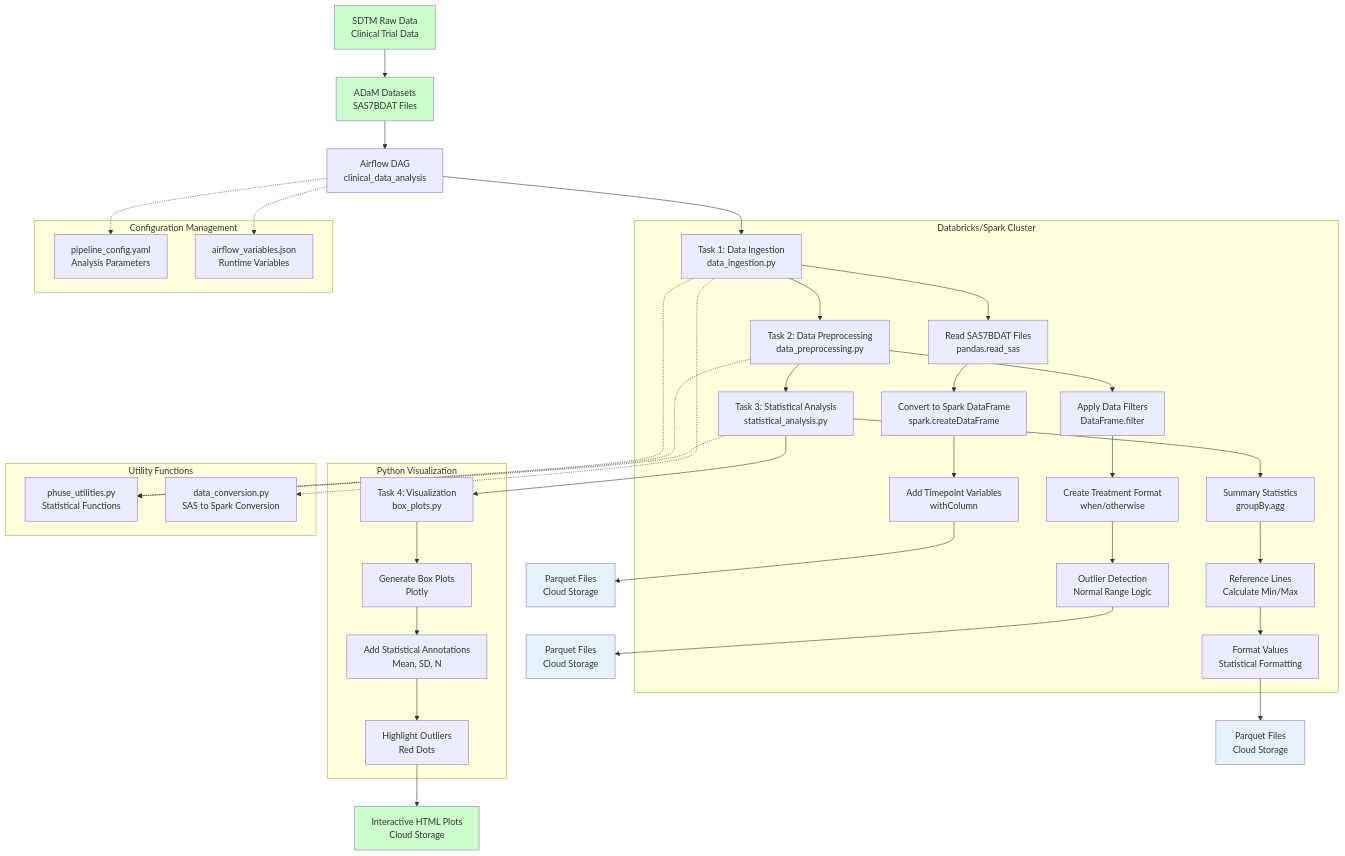
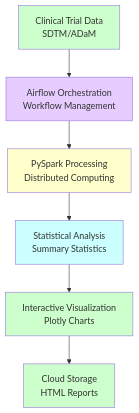
One commit to taylor-curran/SAS changed the second of 2 diagrams in README.md. Above: the diagram before and after it, drawn with Mermaid. The commit also changed other lines of this file, not shown here.

Commit message:
Simplify mermaid diagrams to be more high-level and conceptual
- Removed technical implementation details (function names, file paths, sub-steps)
- Focused on major data flow stages: Data → Processing → Analysis → Visualization → Output
- Maintained clear comparison between SAS and Airflow/PySpark workflows
- Made diagrams more accessible and easier to understand at a glance

````diff
--- a/README.md
+++ b/README.md
@@ -57,77 +31,15 @@
 ```mermaid
 flowchart TD
-    A[SDTM Raw Data<br/>Clinical Trial Data] --> B[ADaM Datasets<br/>SAS7BDAT Files]
-    B --> C[Airflow DAG<br/>clinical_data_analysis]
-    
-    C --> D[Task 1: Data Ingestion<br/>data_ingestion.py]
-    D --> E[Task 2: Data Preprocessing<br/>data_preprocessing.py]
-    E --> F[Task 3: Statistical Analysis<br/>statistical_analysis.py]
-    F --> G[Task 4: Visualization<br/>box_plots.py]
-    
-    D --> D1[Read SAS7BDAT Files<br/>pandas.read_sas]
-    D1 --> D2[Convert to Spark DataFrame<br/>spark.createDataFrame]
-    D2 --> D3[Add Timepoint Variables<br/>withColumn]
-    
-    E --> E1[Apply Data Filters<br/>DataFrame.filter]
-    E1 --> E2[Create Treatment Format<br/>when/otherwise]
-    E2 --> E3[Outlier Detection<br/>Normal Range Logic]
-    
-    F --> F1[Summary Statistics<br/>groupBy.agg]
-    F1 --> F2[Reference Lines<br/>Calculate Min/Max]
-    F2 --> F3[Format Values<br/>Statistical Formatting]
-    
-    G --> G1[Generate Box Plots<br/>Plotly]
-    G1 --> G2[Add Statistical Annotations<br/>Mean, SD, N]
-    G2 --> G3[Highlight Outliers<br/>Red Dots]
-    
-    D3 --> H[Parquet Files<br/>Cloud Storage]
-    E3 --> I[Parquet Files<br/>Cloud Storage]
-    F3 --> J[Parquet Files<br/>Cloud Storage]
-    G3 --> K[Interactive HTML Plots<br/>Cloud Storage]
-    
-    subgraph "Databricks/Spark Cluster"
-        D
-        E
-        F
-        D1
-        D2
-        D3
-        E1
-        E2
-        E3
-        F1
-        F2
-        F3
-    end
-    
-    subgraph "Python Visualization"
-        G
-        G1
-        G2
-        G3
-    end
-    
-    subgraph "Configuration Management"
-        L[pipeline_config.yaml<br/>Analysis Parameters]
-        M[airflow_variables.json<br/>Runtime Variables]
-    end
-    
-    subgraph "Utility Functions"
-        N[phuse_utilities.py<br/>Statistical Functions]
-        O[data_conversion.py<br/>SAS to Spark Conversion]
-    end
-    
-    C -.-> L
-    C -.-> M
-    D -.-> N
-    D -.-> O
-    E -.-> N
-    F -.-> N
+    A[Clinical Trial Data<br/>SDTM/ADaM] --> B[Airflow Orchestration<br/>Workflow Management]
+    B --> C[PySpark Processing<br/>Distributed Computing]
+    C --> D[Statistical Analysis<br/>Summary Statistics]
+    D --> E[Interactive Visualization<br/>Plotly Charts]
+    E --> F[Cloud Storage<br/>HTML Reports]
     
     style A fill:#ccffcc
-    style B fill:#ccffcc
-    style K fill:#ccffcc
-    style H fill:#e6f3ff
-    style I fill:#e6f3ff
-    style J fill:#e6f3ff
+    style B fill:#e6ccff
+    style C fill:#ffffcc
+    style D fill:#ccffff
+    style E fill:#ccffcc
+    style F fill:#ccffcc
 ```
````
